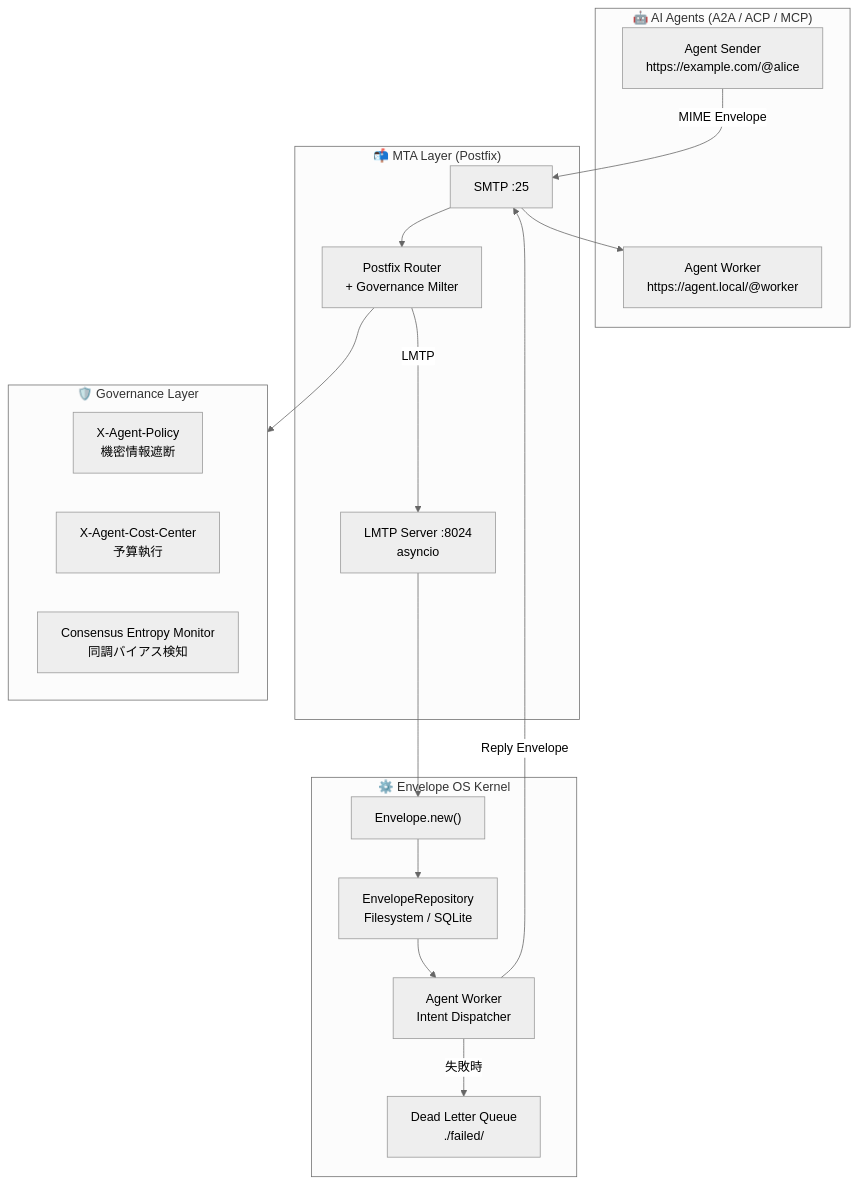
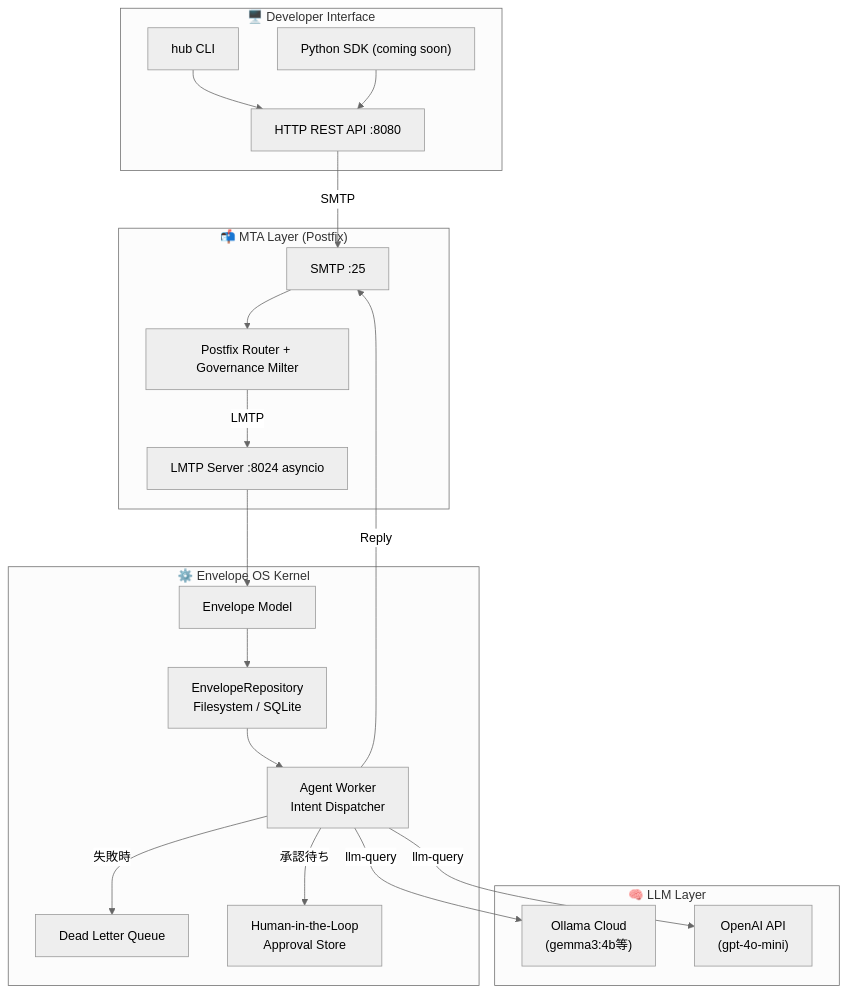
The diagram in README.md (raberabe1121/ai-agent-hub), drawn with Mermaid (neutral theme) before and after one commit. The commit also changed other lines of this file, not shown here.

````diff
--- a/README.md
+++ b/README.md
@@ -75,37 +225,41 @@
 ```mermaid
 flowchart TD
-    subgraph Agents["🤖 AI Agents (A2A / ACP / MCP)"]
-        A1["Agent Sender\nhttps://example.com/@alice"]
-        A2["Agent Worker\nhttps://agent.local/@worker"]
+    subgraph Interface["🖥️ Developer Interface"]
+        CLI["hub CLI"]
+        API["HTTP REST API :8080"]
+        SDK["Python SDK (coming soon)"]
     end
 
     subgraph MTA["📬 MTA Layer (Postfix)"]
         SMTP["SMTP :25"]
-        PF["Postfix Router\n+ Governance Milter"]
-        LMTP["LMTP Server :8024\nasyncio"]
+        PF["Postfix Router + Governance Milter"]
+        LMTP["LMTP Server :8024 asyncio"]
     end
 
     subgraph Kernel["⚙️ Envelope OS Kernel"]
-        ENV["Envelope.new()"]
+        ENV["Envelope Model"]
         REPO["EnvelopeRepository\nFilesystem / SQLite"]
         WORKER["Agent Worker\nIntent Dispatcher"]
-        DLQ["Dead Letter Queue\n./failed/"]
+        DLQ["Dead Letter Queue"]
+        HITL["Human-in-the-Loop\nApproval Store"]
     end
 
-    subgraph Governance["🛡️ Governance Layer"]
-        POL["X-Agent-Policy\n機密情報遮断"]
-        COST["X-Agent-Cost-Center\n予算執行"]
-        ENT["Consensus Entropy Monitor\n同調バイアス検知"]
+    subgraph LLM["🧠 LLM Layer"]
+        OLLAMA["Ollama Cloud\n(gemma3:4b等)"]
+        OPENAI["OpenAI API\n(gpt-4o-mini)"]
     end
 
-    A1 -->|"MIME Envelope"| SMTP
+    CLI --> API
+    SDK --> API
+    API -->|SMTP| SMTP
     SMTP --> PF
-    PF --> Governance
     PF -->|LMTP| LMTP
     LMTP --> ENV
     ENV --> REPO
     REPO --> WORKER
+    WORKER -->|llm-query| OLLAMA
+    WORKER -->|llm-query| OPENAI
     WORKER -->|失敗時| DLQ
-    WORKER -->|"Reply Envelope"| SMTP
-    SMTP --> A2
+    WORKER -->|承認待ち| HITL
+    WORKER -->|Reply| SMTP
 ```
````
